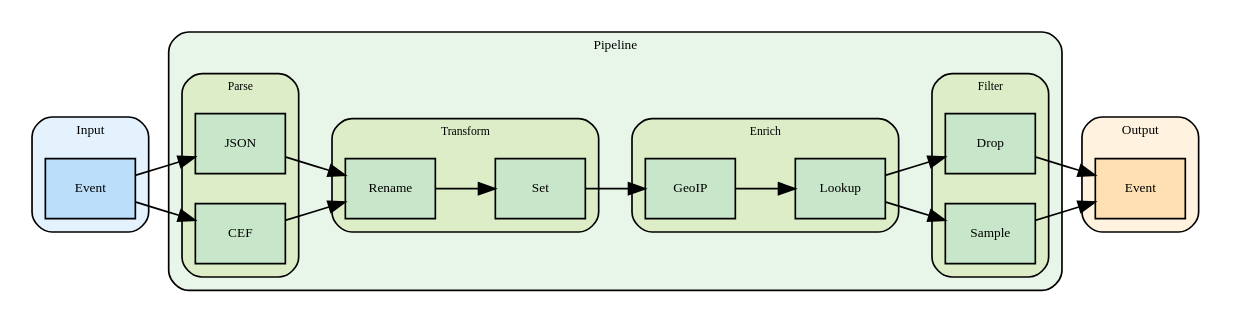
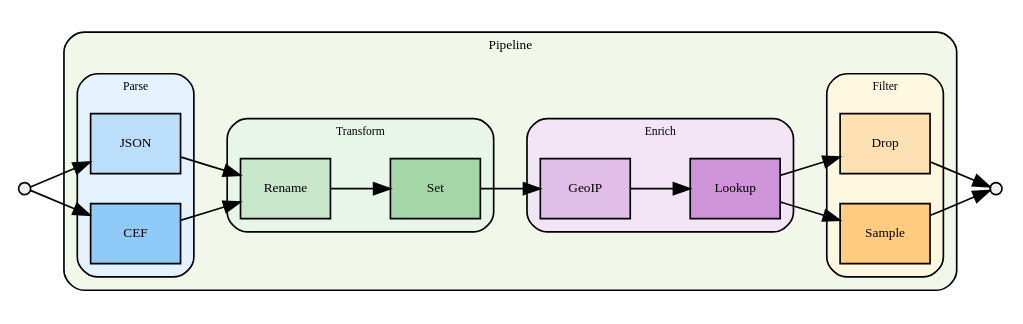
Before and after one commit to VirtualMetric/virtualmetric-docs: the diagram in static/img/graphics/pipelines-flow.dot, drawn with Graphviz. The commit also changed 9 other files, not shown here.

First line of the commit message:
Update overview graphics with fixes and new routes diagram

```diff
--- a/static/img/graphics/pipelines-flow.dot
+++ b/static/img/graphics/pipelines-flow.dot
@@ -1,90 +1,74 @@
 digraph pipelinesFlow {
    rankdir=LR
    node [shape=box style=filled fillcolor="#f0f0f0" fontname="Calibri" fontsize=8]
 
-   // Left: Input
-   subgraph cluster_input {
-      label="Input"
-      style="rounded,filled"
-      fillcolor="#e3f2fd"
-      fontname="Calibri"
-      fontsize=8
-      event_in [label="Event" shape=box fillcolor="#bbdefb"]
-   }
+   // Invisible input/output nodes for arrows
+   event_in [label="" shape=point width=0.1]
+   event_out [label="" shape=point width=0.1]
 
-   // Middle: Pipeline with processor categories
+   // Pipeline with processor categories
    subgraph cluster_pipeline {
       label="Pipeline"
       style="rounded,filled"
-      fillcolor="#e8f5e9"
+      fillcolor="#f1f8e9"
       fontname="Calibri"
       fontsize=8
 
-      // Parse processors
+      // Parse processors - pastel blue tones
       subgraph cluster_parse {
          label="Parse"
          style="rounded,filled"
-         fillcolor="#dcedc8"
+         fillcolor="#e3f2fd"
          fontname="Calibri"
          fontsize=7
-         json [label="JSON" shape=box fillcolor="#c8e6c9"]
-         cef [label="CEF" shape=box fillcolor="#c8e6c9"]
+         json [label="JSON" shape=box fillcolor="#bbdefb"]
+         cef [label="CEF" shape=box fillcolor="#90caf9"]
       }
 
-      // Transform processors
+      // Transform processors - pastel green tones
       subgraph cluster_transform {
          label="Transform"
          style="rounded,filled"
-         fillcolor="#dcedc8"
+         fillcolor="#e8f5e9"
          fontname="Calibri"
          fontsize=7
          rename [label="Rename" shape=box fillcolor="#c8e6c9"]
-         set [label="Set" shape=box fillcolor="#c8e6c9"]
+         set [label="Set" shape=box fillcolor="#a5d6a7"]
       }
 
-      // Enrich processors
+      // Enrich processors - pastel purple tones
       subgraph cluster_enrich {
          label="Enrich"
          style="rounded,filled"
-         fillcolor="#dcedc8"
+         fillcolor="#f3e5f5"
          fontname="Calibri"
          fontsize=7
-         geoip [label="GeoIP" shape=box fillcolor="#c8e6c9"]
-         lookup [label="Lookup" shape=box fillcolor="#c8e6c9"]
+         geoip [label="GeoIP" shape=box fillcolor="#e1bee7"]
+         lookup [label="Lookup" shape=box fillcolor="#ce93d8"]
       }
 
-      // Filter processors
+      // Filter processors - pastel orange tones
       subgraph cluster_filter {
          label="Filter"
          style="rounded,filled"
-         fillcolor="#dcedc8"
+         fillcolor="#fff8e1"
          fontname="Calibri"
          fontsize=7
-         drop [label="Drop" shape=box fillcolor="#c8e6c9"]
-         sample [label="Sample" shape=box fillcolor="#c8e6c9"]
+         drop [label="Drop" shape=box fillcolor="#ffe0b2"]
+         sample [label="Sample" shape=box fillcolor="#ffcc80"]
       }
-   }
-
-   // Right: Output
-   subgraph cluster_output {
-      label="Output"
-      style="rounded,filled"
-      fillcolor="#fff3e0"
-      fontname="Calibri"
-      fontsize=8
-      event_out [label="Event" shape=box fillcolor="#ffe0b2"]
    }
 
    // Flow connections
    event_in -> json
    event_in -> cef
    json -> rename
    cef -> rename
    rename -> set
    set -> geoip
    geoip -> lookup
    lookup -> drop
    lookup -> sample
    drop -> event_out
    sample -> event_out
 }
```
